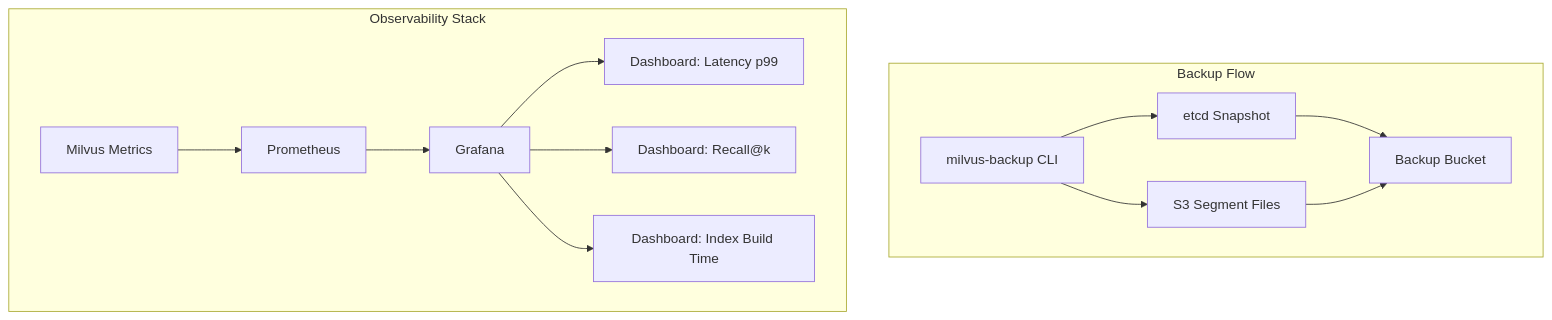
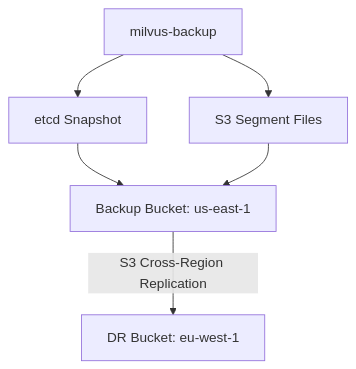
One commit to Leito2/Learning changed the third of 4 diagrams in SW-ML-AI Engineering/10 - Cloud, Infra y Backend/33 - Vector Databases and Semantic Search/08 - Milvus II - Kubernetes and Multi-tenancy.md. Above: the diagram before and after it, drawn with Mermaid. The commit also changed other lines of this file and 123 other files, not shown here.

````diff
--- a/SW-ML-AI Engineering/10 - Cloud, Infra y Backend/33 - Vector Databases and Semantic Search/08 - Milvus II - Kubernetes and Multi-tenancy.md
+++ b/SW-ML-AI Engineering/10 - Cloud, Infra y Backend/33 - Vector Databases and Semantic Search/08 - Milvus II - Kubernetes and Multi-tenancy.md
@@ -405,16 +260,8 @@
 ```mermaid
 flowchart TB
-    subgraph Backup["Backup Flow"]
-        A[milvus-backup CLI] --> B[etcd Snapshot]
-        A --> C[S3 Segment Files]
-        B --> D[Backup Bucket]
-        C --> D
-    end
-    subgraph Observ["Observability Stack"]
-        E[Milvus Metrics] --> F[Prometheus]
-        F --> G[Grafana]
-        G --> H[Dashboard: Latency p99]
-        G --> I[Dashboard: Recall@k]
-        G --> J[Dashboard: Index Build Time]
-    end
+    A[milvus-backup] --> B[etcd Snapshot]
+    A --> C[S3 Segment Files]
+    B --> D[Backup Bucket: us-east-1]
+    C --> D
+    D -->|S3 Cross-Region Replication| E[DR Bucket: eu-west-1]
 ```
````
